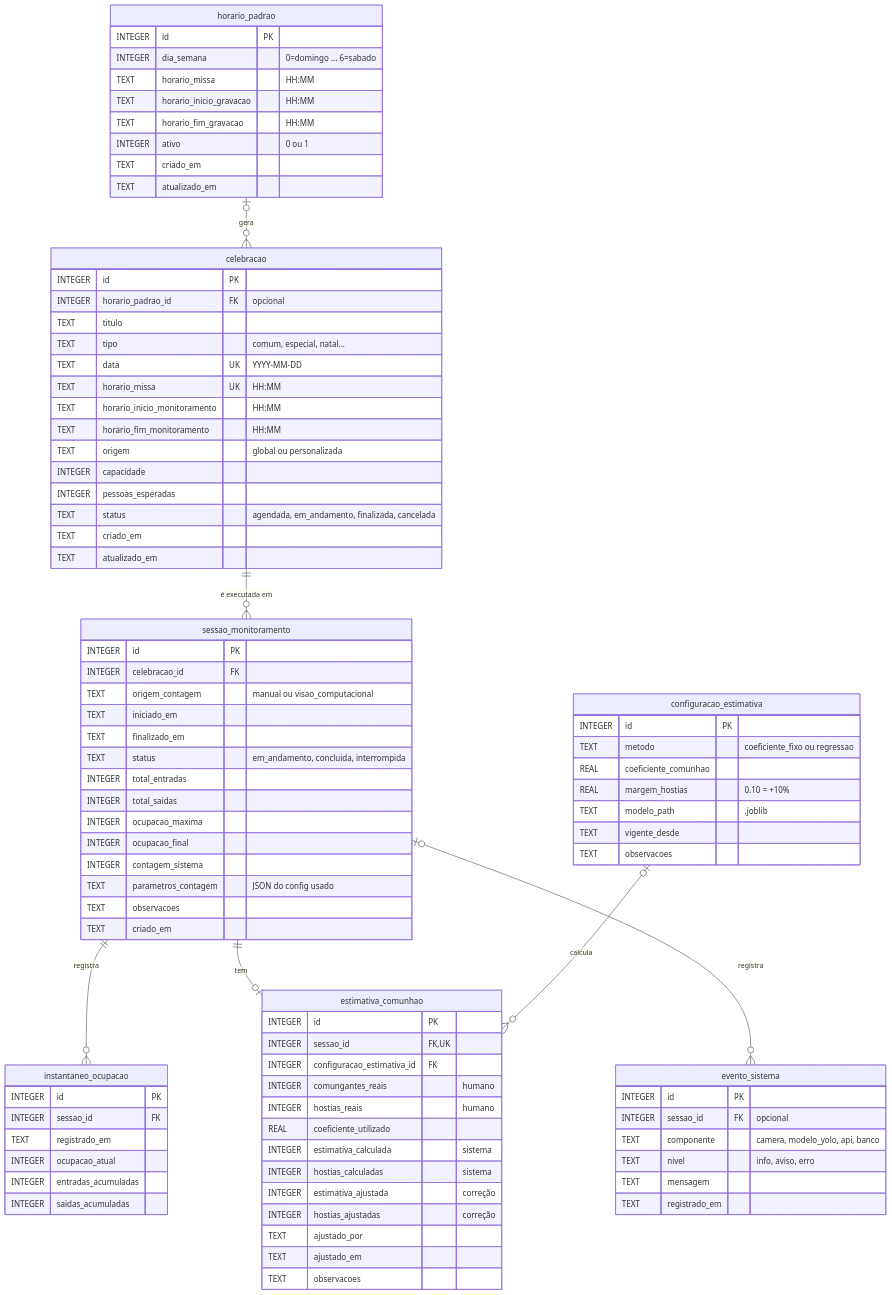
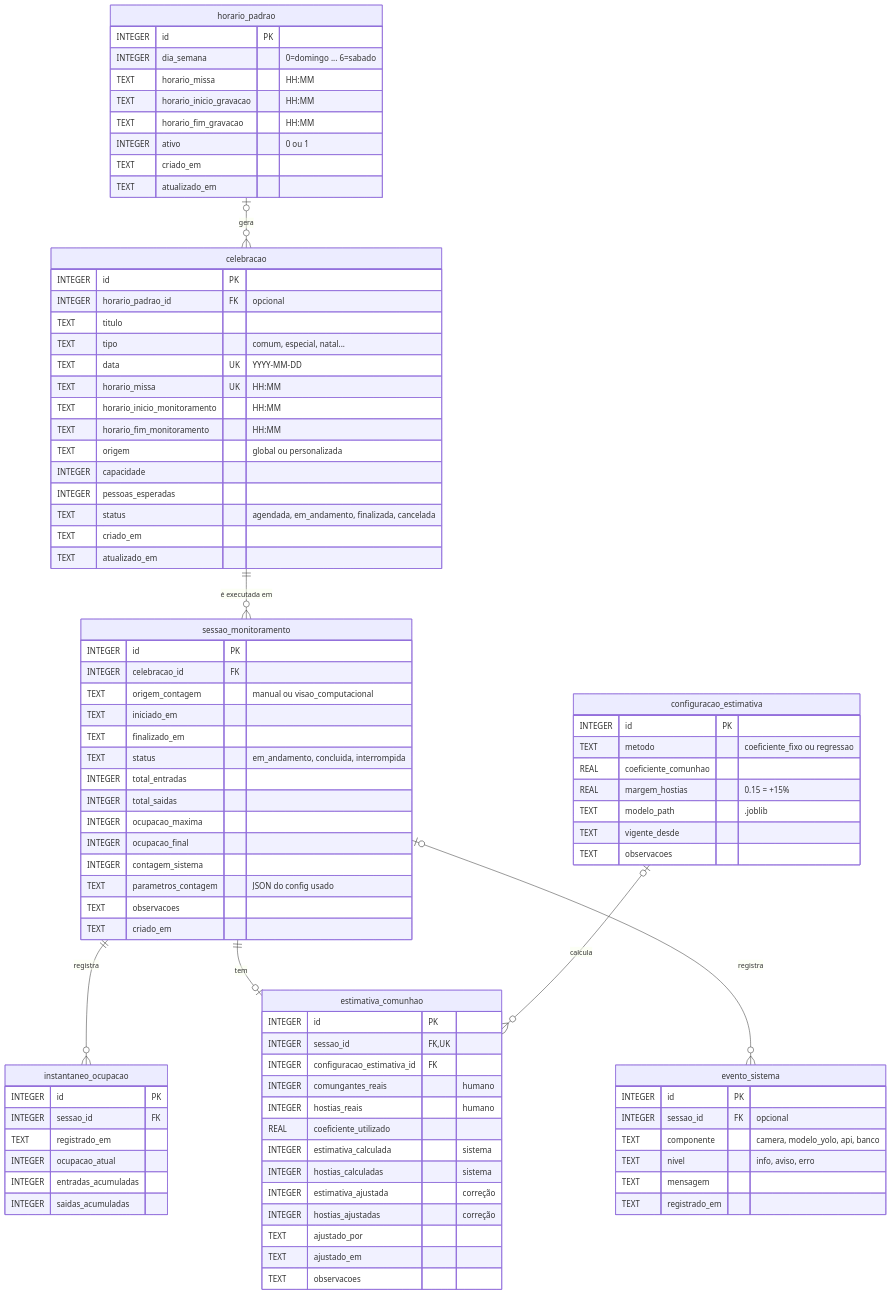
Before and after one commit to FelipeUemura11/EucharistCount-TCC: the first of 6 diagrams in backend/DOCUMENTACAO_BANCO.md, drawn with Mermaid. The commit also changed other lines of this file and 17 other files, not shown here.

```diff
--- a/backend/DOCUMENTACAO_BANCO.md
+++ b/backend/DOCUMENTACAO_BANCO.md
@@ -112,7 +112,7 @@
         INTEGER id PK
         TEXT metodo "coeficiente_fixo ou regressao"
         REAL coeficiente_comunhao
-        REAL margem_hostias "0.10 = +10%"
+        REAL margem_hostias "0.15 = +15%"
         TEXT modelo_path ".joblib"
         TEXT vigente_desde
         TEXT observacoes
```
